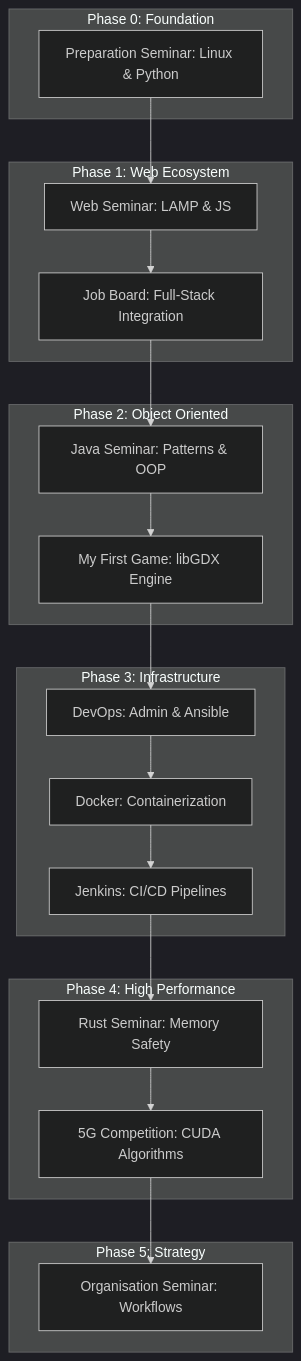
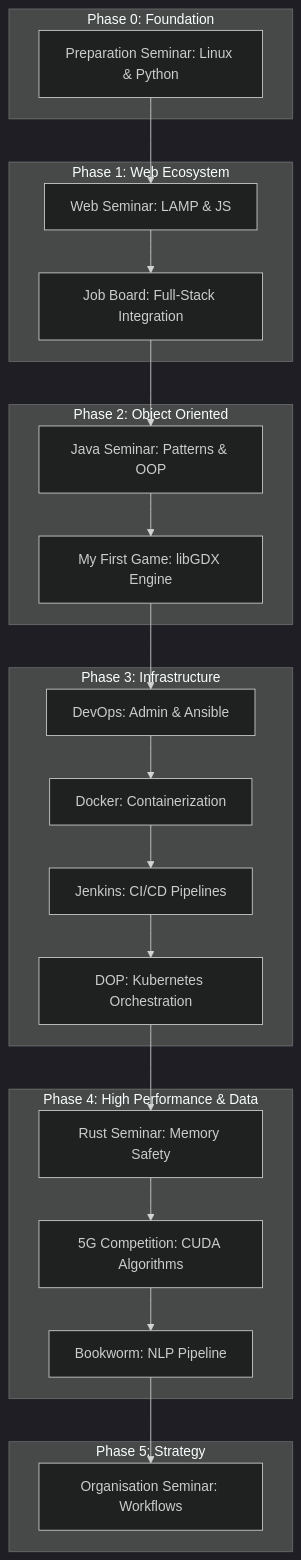
The diagram in README.md (RomeoCavazza/piscine-epitech), drawn with Mermaid (dark theme) before and after one commit. The commit also changed other lines of this file and 1 other file, not shown here.

First line of the commit message:
docs(readme): ajoute seminar-dop & seminar-ai, corrige les jours docker (61-65)

````diff
--- a/README.md
+++ b/README.md
@@ -130,28 +142,30 @@
 ```mermaid
 graph TD
     subgraph Prepare[Phase 0: Foundation]
         S1[Preparation Seminar: Linux & Python]
     end
     subgraph Web[Phase 1: Web Ecosystem]
         S2[Web Seminar: LAMP & JS]
         S3[Job Board: Full-Stack Integration]
     end
     subgraph Java[Phase 2: Object Oriented]
         S4[Java Seminar: Patterns & OOP]
         S5[My First Game: libGDX Engine]
     end
     subgraph Ops[Phase 3: Infrastructure]
         S6[DevOps: Admin & Ansible]
         S7[Docker: Containerization]
         S8[Jenkins: CI/CD Pipelines]
+        S12[DOP: Kubernetes Orchestration]
     end
-    subgraph System[Phase 4: High Performance]
+    subgraph System[Phase 4: High Performance & Data]
         S9[Rust Seminar: Memory Safety]
         S10[5G Competition: CUDA Algorithms]
+        S13[Bookworm: NLP Pipeline]
     end
     subgraph Management[Phase 5: Strategy]
         S11[Organisation Seminar: Workflows]
     end
     
-    S1 --> S2 --> S3 --> S4 --> S5 --> S6 --> S7 --> S8 --> S9 --> S10 --> S11
+    S1 --> S2 --> S3 --> S4 --> S5 --> S6 --> S7 --> S8 --> S12 --> S9 --> S10 --> S13 --> S11
 ```
````
